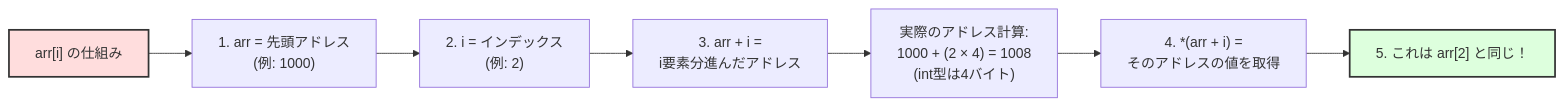
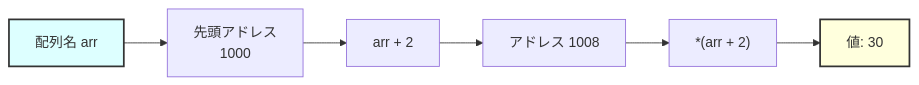
The third of 7 diagrams in docs/main_textbook_intermediate.md (zabaglione/c-language-tutorial), drawn with Mermaid before and after one commit. The commit also changed other lines of this file and 39 other files, not shown here.

````diff
--- a/docs/main_textbook_intermediate.md
+++ b/docs/main_textbook_intermediate.md
@@ -1147,13 +1161,11 @@
 ```mermaid
 flowchart LR
-    A["arr[i] の仕組み"]
-    A --> B["1. arr = 先頭アドレス<br/>(例: 1000)"]
-    B --> C["2. i = インデックス<br/>(例: 2)"]
-    C --> D["3. arr + i =<br/>i要素分進んだアドレス"]
-    D --> E["実際のアドレス計算:<br/>1000 + (2 × 4) = 1008<br/>(int型は4バイト)"]
-    E --> F["4. *(arr + i) =<br/>そのアドレスの値を取得"]
-    F --> G["5. これは arr[2] と同じ！"]
+    A["配列名 arr"] --> B["先頭アドレス\n1000"]
+    B --> C["arr + 2"]
+    C --> D["アドレス 1008"]
+    D --> E["*(arr + 2)"]
+    E --> F["値: 30"]
 
-    style A fill:#fdd,stroke:#333,stroke-width:2px
-    style G fill:#dfd,stroke:#333,stroke-width:2px
+    style A fill:#dff,stroke:#333,stroke-width:2px
+    style F fill:#ffd,stroke:#333,stroke-width:2px
 ```
````
